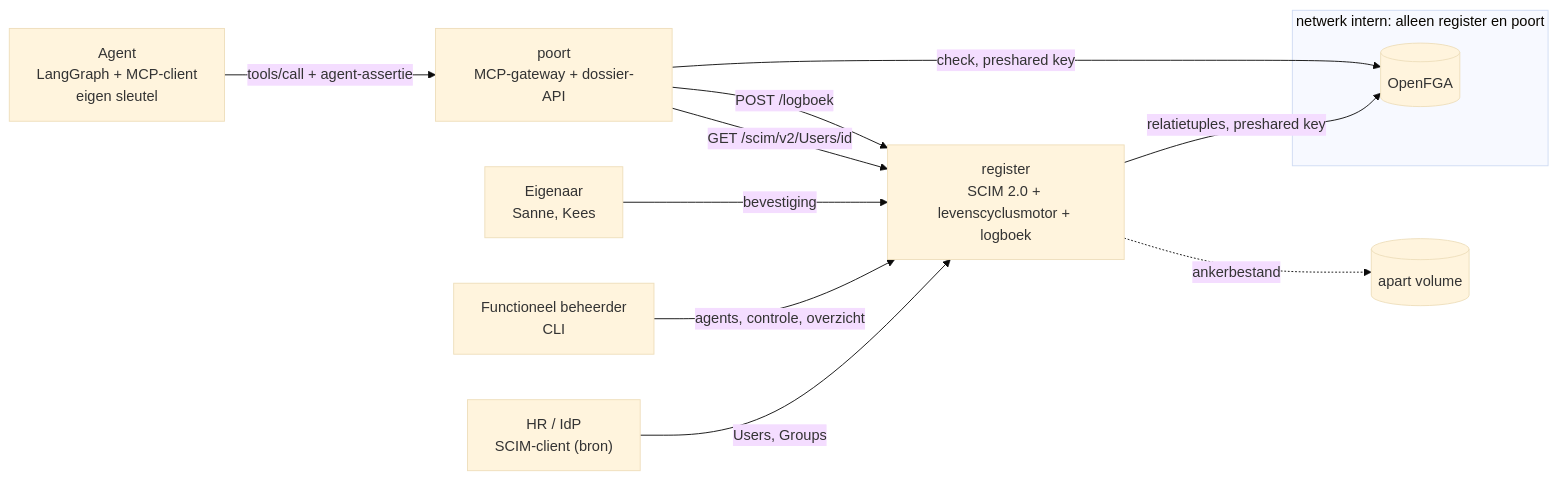
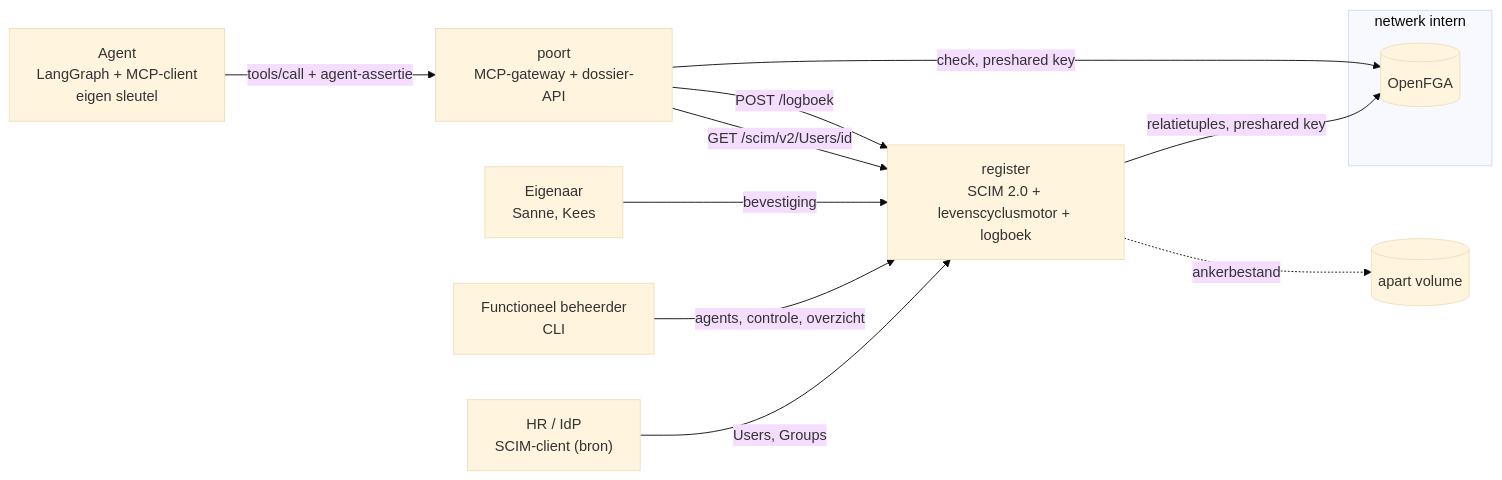
Before and after one commit to oomny-nl/agent-levenscyclus: the diagram in README.md, drawn with Mermaid (base theme). The commit also changed other lines of this file and 34 other files, not shown here.

````diff
--- a/README.md
+++ b/README.md
@@ -39,17 +40,17 @@
 ```mermaid
 flowchart LR
     HR["HR / IdP<br/>SCIM-client (bron)"] -->|Users, Groups| R
     FB["Functioneel beheerder<br/>CLI"] -->|agents, controle, overzicht| R
     E["Eigenaar<br/>Sanne, Kees"] -->|bevestiging| R
     R["register<br/>SCIM 2.0 + levenscyclusmotor + logboek"]
     P["poort<br/>MCP-gateway + dossier-API"]
     A["Agent<br/>LangGraph + MCP-client<br/>eigen sleutel"] -->|"tools/call + agent-assertie"| P
     P -->|GET /scim/v2/Users/id| R
     P -->|POST /logboek| R
-    subgraph intern["netwerk intern: alleen register en poort"]
+    subgraph intern["netwerk intern"]
         F[("OpenFGA")]
     end
     R -->|relatietuples, preshared key| F
     P -->|check, preshared key| F
     R -.->|ankerbestand| K[("apart volume")]
 ```
````
